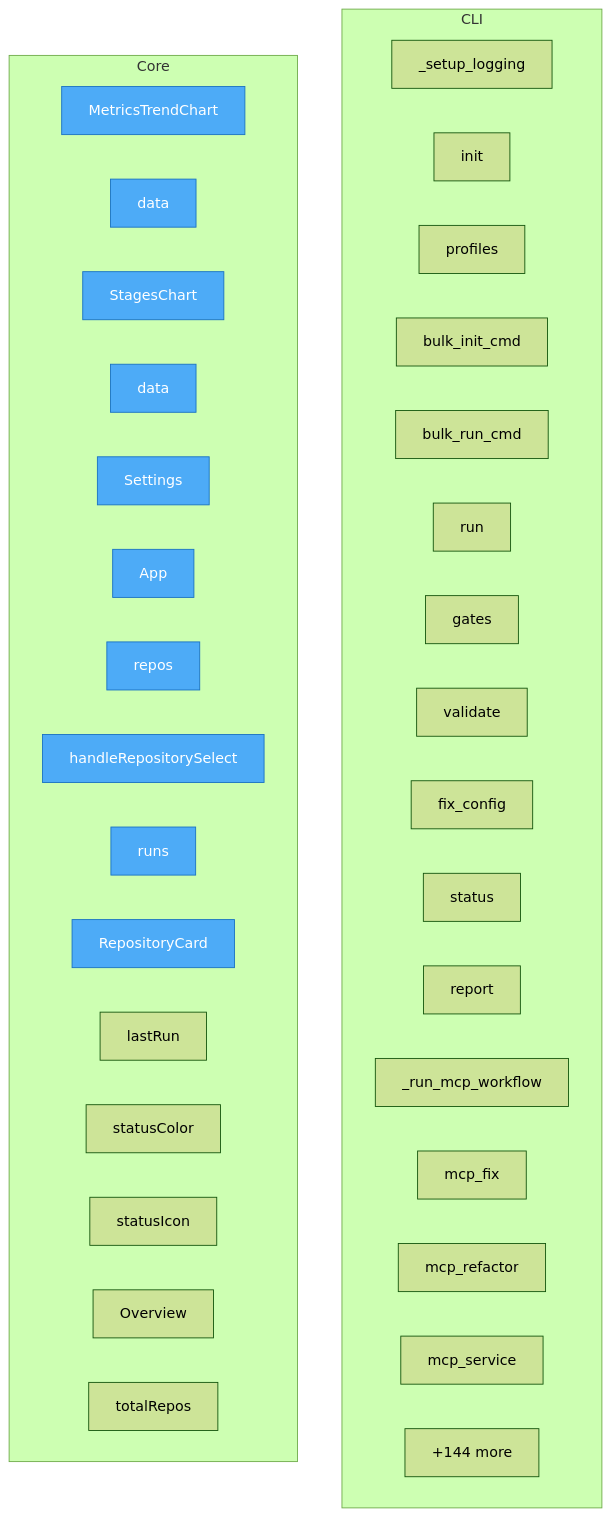
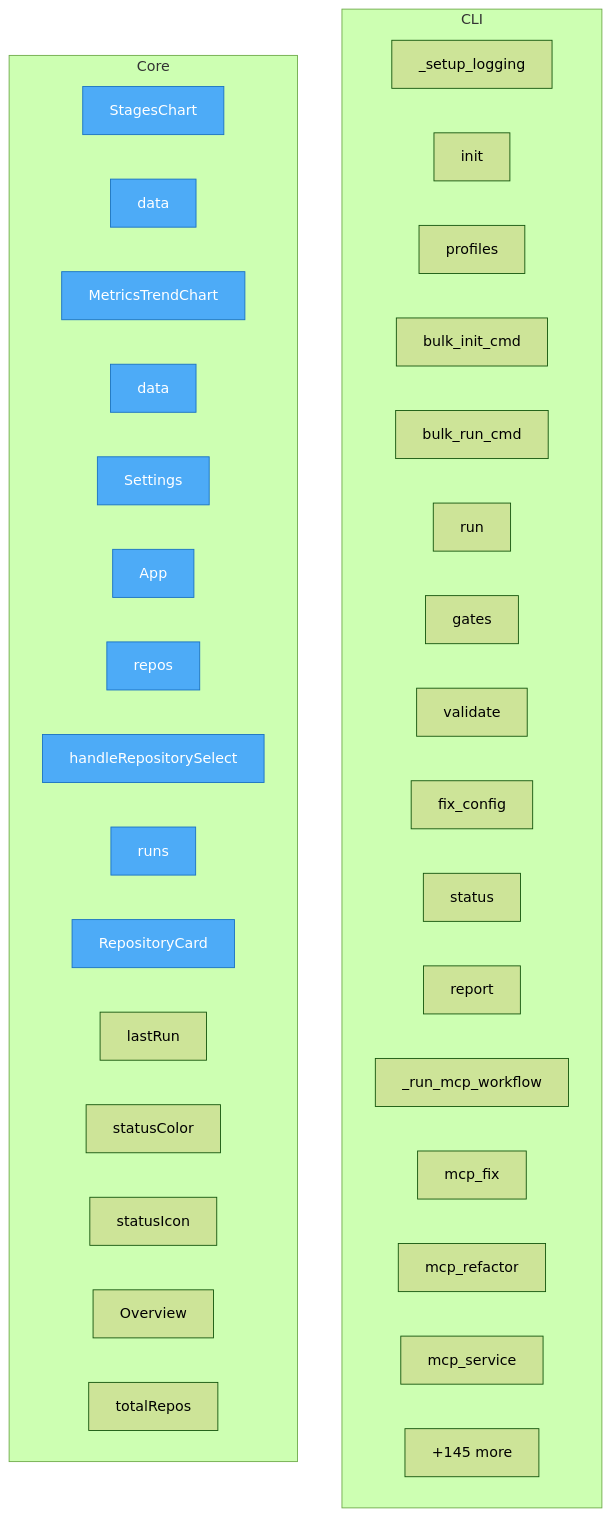
Before and after one commit to semcod/pyqual: the diagram in project/flow.mmd, drawn with Mermaid (forest theme). The commit also changed 19 other files, not shown here.

Commit message:
feat: add markdown report generator with Mermaid and ASCII diagrams

```diff
--- a/project/flow.mmd
+++ b/project/flow.mmd
@@ -1,44 +1,44 @@
 flowchart TD
 
     %% Entry points (blue)
     classDef entry fill:#4dabf7,stroke:#1971c2,color:#fff
 
     subgraph CLI
         pyqual__cli___setup_logging["_setup_logging"]
         pyqual__cli__init["init"]
         pyqual__cli__profiles["profiles"]
         pyqual__cli__bulk_init_cmd["bulk_init_cmd"]
         pyqual__cli__bulk_run_cmd["bulk_run_cmd"]
         pyqual__cli__run["run"]
         pyqual__cli__gates["gates"]
         pyqual__cli__validate["validate"]
         pyqual__cli__fix_config["fix_config"]
         pyqual__cli__status["status"]
         pyqual__cli__report["report"]
         pyqual__cli___run_mcp_workflow["_run_mcp_workflow"]
         pyqual__cli__mcp_fix["mcp_fix"]
         pyqual__cli__mcp_refactor["mcp_refactor"]
         pyqual__cli__mcp_service["mcp_service"]
         ...["+33 more"]
     end
 
     subgraph Core
+        dashboard__src__components__StagesChart__StagesChart["StagesChart"]
+        dashboard__src__components__StagesChart__data["data"]
         dashboard__src__components__MetricsTrendChart__MetricsTrendChart["MetricsTrendChart"]
         dashboard__src__components__MetricsTrendChart__data["data"]
-        dashboard__src__components__StagesChart__StagesChart["StagesChart"]
-        dashboard__src__components__StagesChart__data["data"]
         dashboard__src__components__Settings__Settings["Settings"]
         dashboard__src__App__App["App"]
         dashboard__src__App__repos["repos"]
         dashboard__src__App__handleRepositorySelect["handleRepositorySelect"]
         dashboard__src__App__runs["runs"]
         dashboard__src__App__RepositoryCard["RepositoryCard"]
         dashboard__src__App__lastRun["lastRun"]
         dashboard__src__App__statusColor["statusColor"]
         dashboard__src__App__statusIcon["statusIcon"]
         dashboard__src__components__Overview__Overview["Overview"]
         dashboard__src__components__Overview__totalRepos["totalRepos"]
-        ...["+144 more"]
+        ...["+145 more"]
     end
 
-    class dashboard__src__components__MetricsTrendChart__MetricsTrendChart,dashboard__src__components__MetricsTrendChart__data,dashboard__src__components__StagesChart__StagesChart,dashboard__src__components__StagesChart__data,dashboard__src__components__Settings__Settings,dashboard__src__App__App,dashboard__src__App__repos,dashboard__src__App__handleRepositorySelect,dashboard__src__App__runs,dashboard__src__App__RepositoryCard entry
+    class dashboard__src__components__StagesChart__StagesChart,dashboard__src__components__StagesChart__data,dashboard__src__components__MetricsTrendChart__MetricsTrendChart,dashboard__src__components__MetricsTrendChart__data,dashboard__src__components__Settings__Settings,dashboard__src__App__App,dashboard__src__App__repos,dashboard__src__App__handleRepositorySelect,dashboard__src__App__runs,dashboard__src__App__RepositoryCard entry
```
